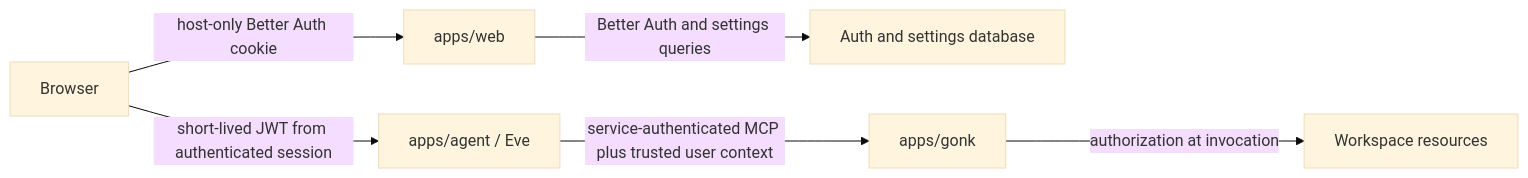
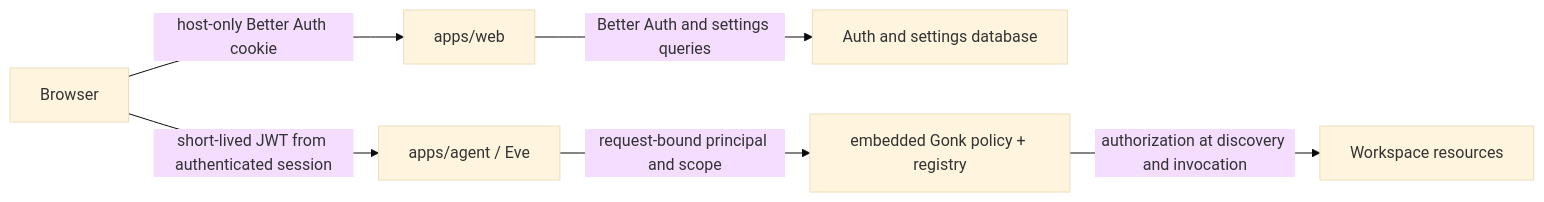
Before and after one commit to nightwork-dev/sigil-chat: the diagram in docs/specs/AUTH-AND-USER-SETTINGS-SPEC.md, drawn with Mermaid (base theme). The commit also changed other lines of this file and 28 other files, not shown here.

Commit message:
docs(architecture): document the embedded Gonk host

````diff
--- a/docs/specs/AUTH-AND-USER-SETTINGS-SPEC.md
+++ b/docs/specs/AUTH-AND-USER-SETTINGS-SPEC.md
@@ -162,8 +163,8 @@
 ```mermaid
 flowchart LR
   Browser["Browser"] -->|"host-only Better Auth cookie"| Web["apps/web"]
   Web -->|"Better Auth and settings queries"| DB["Auth and settings database"]
   Browser -->|"short-lived JWT from authenticated session"| Eve["apps/agent / Eve"]
-  Eve -->|"service-authenticated MCP plus trusted user context"| Gonk["apps/gonk"]
-  Gonk -->|"authorization at invocation"| Resources["Workspace resources"]
+  Eve -->|"request-bound principal and scope"| Gonk["embedded Gonk policy + registry"]
+  Gonk -->|"authorization at discovery and invocation"| Resources["Workspace resources"]
 ```
````
